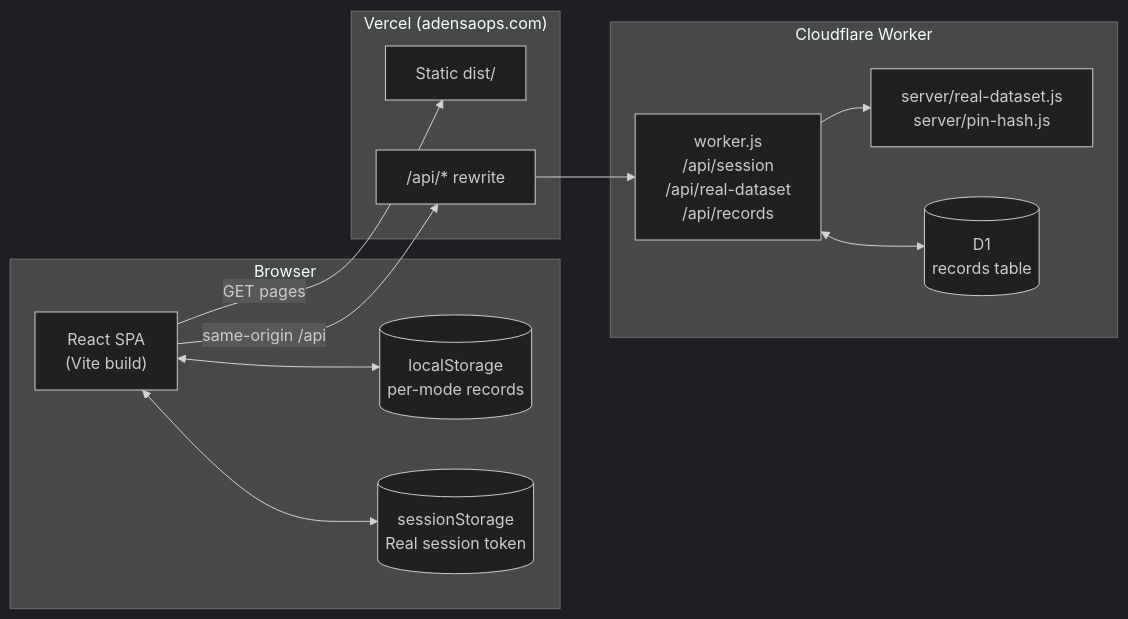
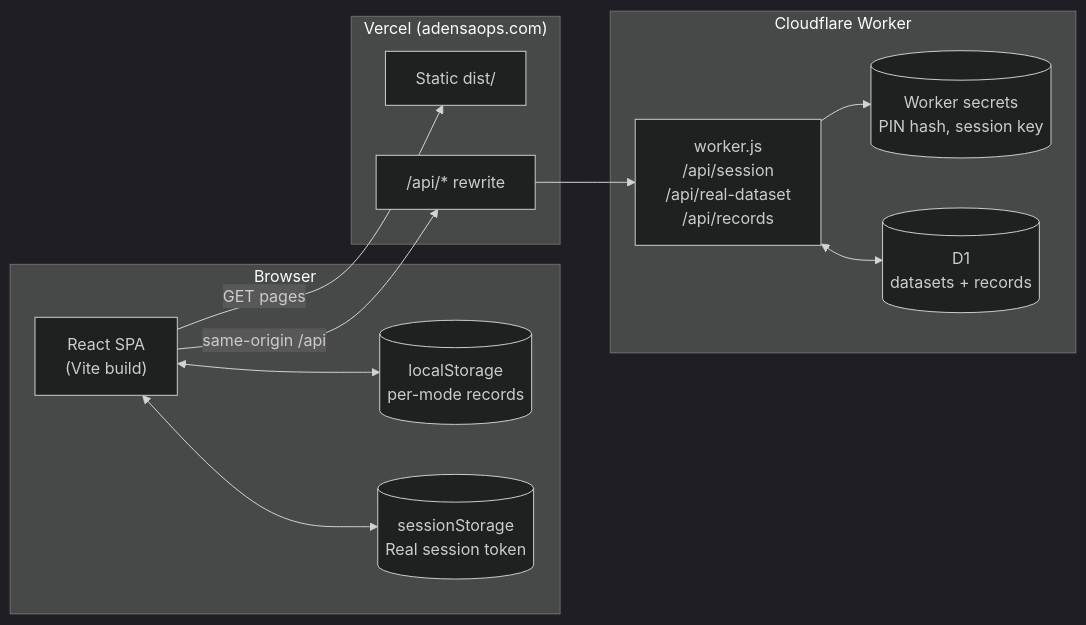
Before and after one commit to Selaseyjr/adensa-ops: the diagram in README.md, drawn with Mermaid (dark theme). The commit also changed other lines of this file and 13 other files, not shown here.

First line of the commit message:
Remove private data from the repository: PIN hash to secrets, real dataset to D1

````diff
--- a/README.md
+++ b/README.md
@@ -104,26 +105,26 @@
 ```mermaid
 flowchart LR
   subgraph Browser
     SPA["React SPA<br/>(Vite build)"]
     LS[("localStorage<br/>per-mode records")]
     SS[("sessionStorage<br/>Real session token")]
   end
 
   subgraph Vercel["Vercel (adensaops.com)"]
     Static["Static dist/"]
     Rewrite["/api/* rewrite"]
   end
 
   subgraph Cloudflare["Cloudflare Worker"]
     API["worker.js<br/>/api/session<br/>/api/real-dataset<br/>/api/records"]
-    Real["server/real-dataset.js<br/>server/pin-hash.js"]
-    D1[("D1<br/>records table")]
+    Secrets[("Worker secrets<br/>PIN hash, session key")]
+    D1[("D1<br/>datasets + records")]
   end
 
   SPA -- "GET pages" --> Static
   SPA -- "same-origin /api" --> Rewrite --> API
   SPA <--> LS
   SPA <--> SS
-  API --> Real
+  API --> Secrets
   API <--> D1
 ```
````
